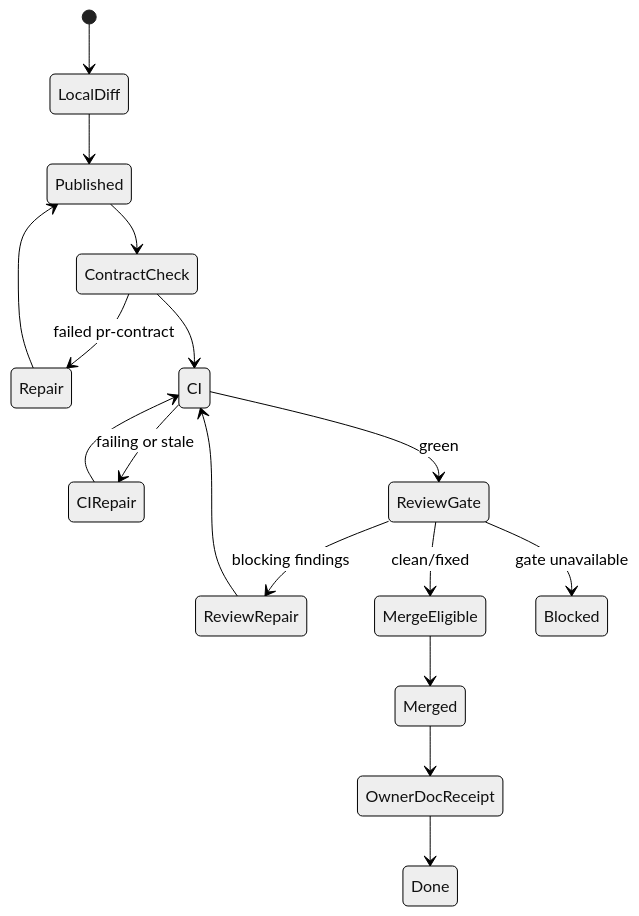
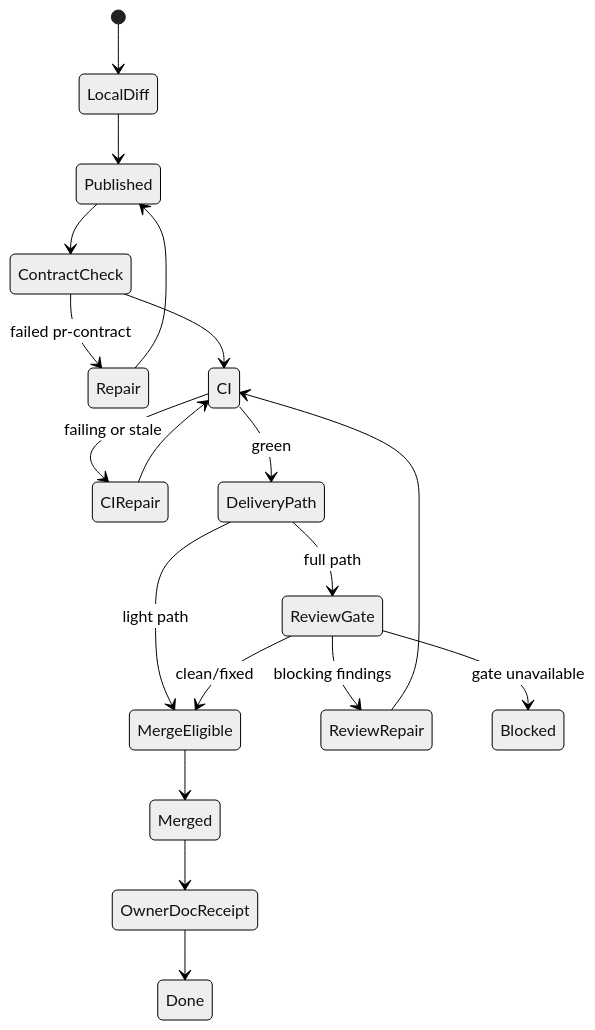
One commit to RasmusTho/agentic-pkm-mvp changed the fourth of 23 diagrams in docs/development/BUILDER_SYSTEM_PROCESS_MAP.md. Above: the diagram before and after it, drawn with Mermaid (neutral theme). The commit also changed other lines of this file and 1 other file, not shown here.

First line of the commit message:
Document governed Builder System process architecture

````diff
--- a/docs/development/BUILDER_SYSTEM_PROCESS_MAP.md
+++ b/docs/development/BUILDER_SYSTEM_PROCESS_MAP.md
@@ -372,19 +894,21 @@
 ```mermaid
 stateDiagram-v2
   [*] --> LocalDiff
   LocalDiff --> Published
   Published --> ContractCheck
   ContractCheck --> Repair: failed pr-contract
   Repair --> Published
   ContractCheck --> CI
   CI --> CIRepair: failing or stale
   CIRepair --> CI
-  CI --> ReviewGate: green
+  CI --> DeliveryPath: green
+  DeliveryPath --> MergeEligible: light path
+  DeliveryPath --> ReviewGate: full path
   ReviewGate --> ReviewRepair: blocking findings
   ReviewRepair --> CI
   ReviewGate --> MergeEligible: clean/fixed
   MergeEligible --> Merged
   Merged --> OwnerDocReceipt
   OwnerDocReceipt --> Done
   ReviewGate --> Blocked: gate unavailable
 ```
````
